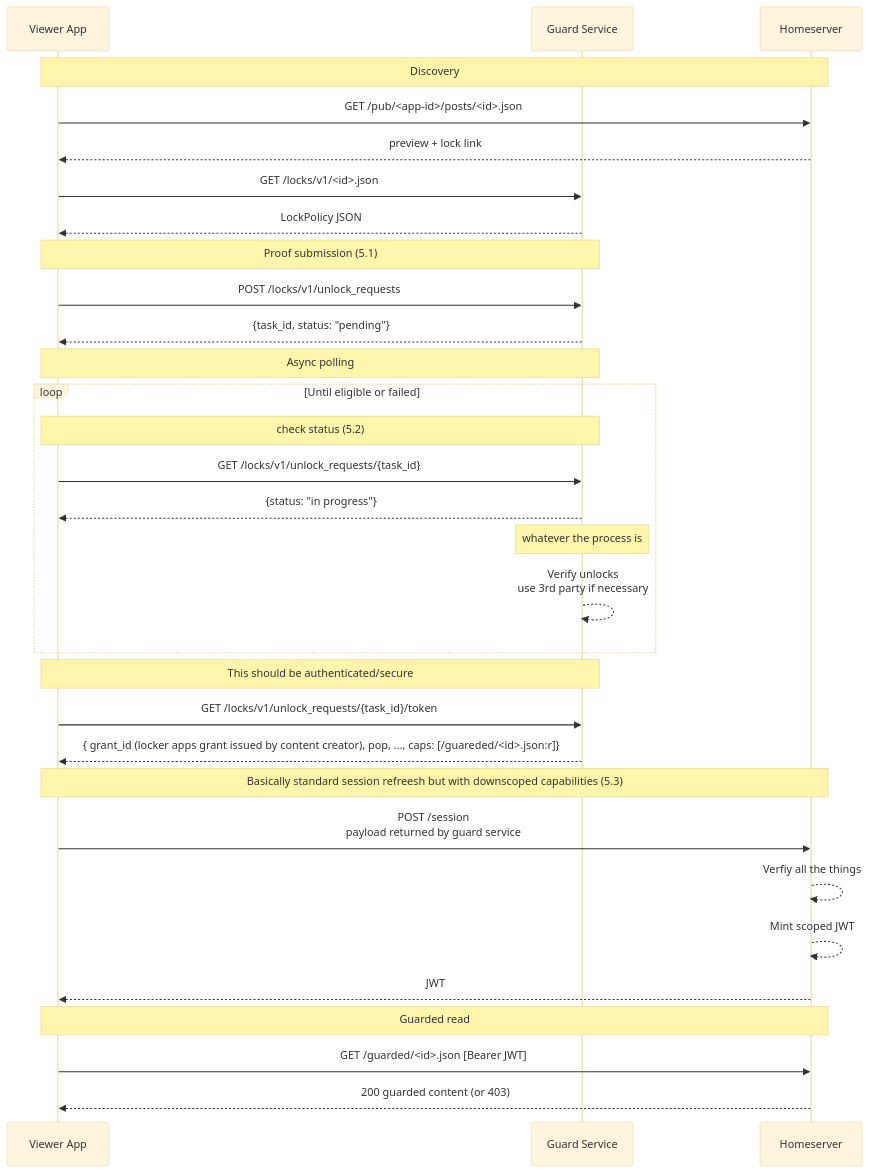
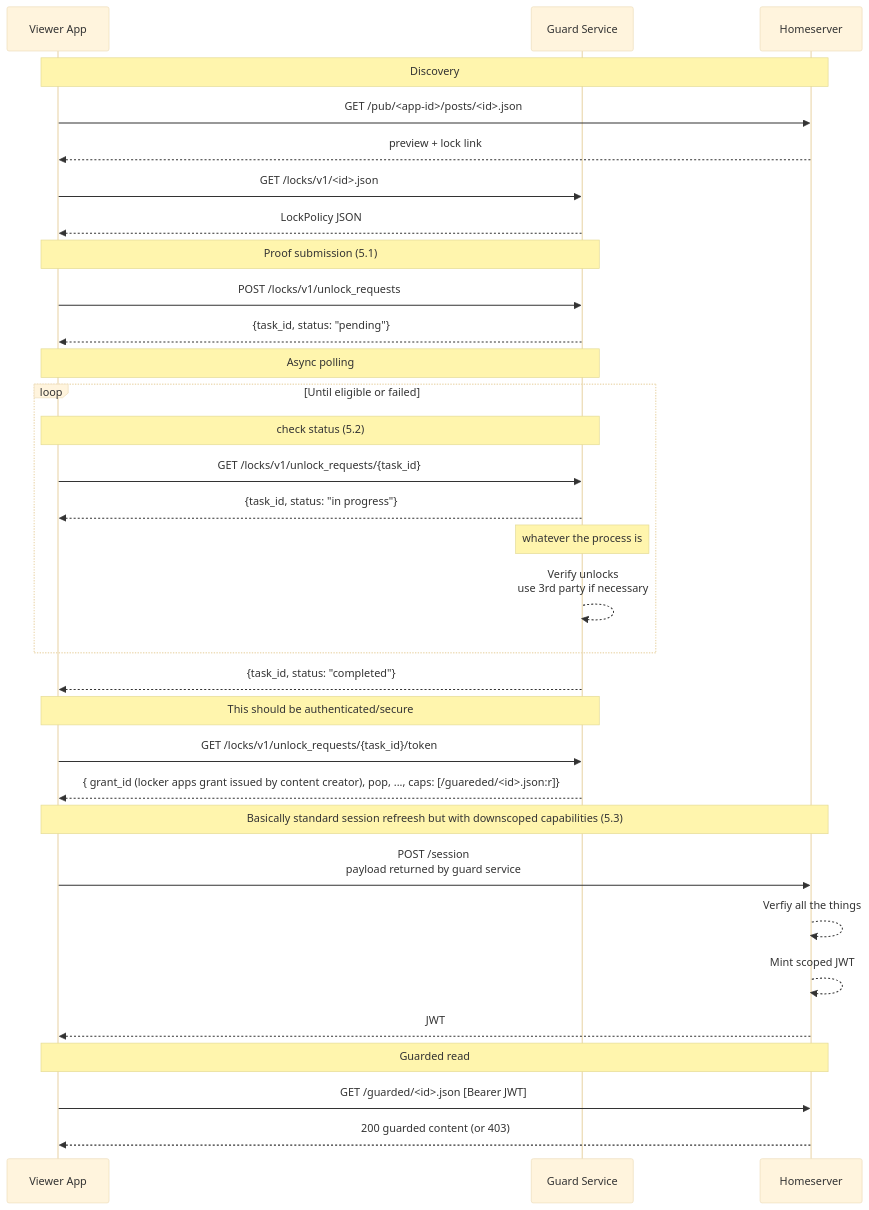
One commit to BitcoinErrorLog/pubky-locks changed the second of 4 diagrams in jwt_proxy_proposal.md. Above: the diagram before and after it, drawn with Mermaid (base theme).

Commit message:
update on non-proxy flow p2

````diff
--- a/jwt_proxy_proposal.md
+++ b/jwt_proxy_proposal.md
@@ -128,43 +128,45 @@
 ```mermaid
 sequenceDiagram
   participant V as Viewer App
   participant G as Guard Service
   participant H as Homeserver
 
   Note over V,H: Discovery
   V->>H: GET /pub/<app-id>/posts/<id>.json
   H-->>V: preview + lock link
 
   V->>G: GET /locks/v1/<id>.json
   G-->>V: LockPolicy JSON
 
   Note over V,G: Proof submission (5.1)
   V->>G: POST /locks/v1/unlock_requests
   G-->>V: {task_id, status: "pending"}
 
   Note over V,G: Async polling
   loop Until eligible or failed
     Note over V,G: check status (5.2)
     V->>G: GET /locks/v1/unlock_requests/{task_id}
-    G-->>V: {status: "in progress"}
+    G-->>V: {task_id, status: "in progress"}
 
     Note over G,G: whatever the process is
     G-->>G: Verify unlocks <br/> use 3rd party if necessary
 
   end
+
+  G-->>V: {task_id, status: "completed"}
 
   Note over V,G: This should be authenticated/secure
   V->>G: GET /locks/v1/unlock_requests/{task_id}/token
   G-->>V: { grant_id (locker apps grant issued by content creator), pop, ..., caps: [/guareded/<id>.json:r]}
 
   Note over V,H: Basically standard session refreesh but with downscoped capabilities (5.3)
   V->>H: POST /session<br/>payload returned by guard service 
 
   H-->>H: Verfiy all the things
   H-->>H: Mint scoped JWT
   H-->>V: JWT
 
   Note over V,H: Guarded read
   V->>H: GET /guarded/<id>.json [Bearer JWT]
   H-->>V: 200 guarded content (or 403)
 ```
````
